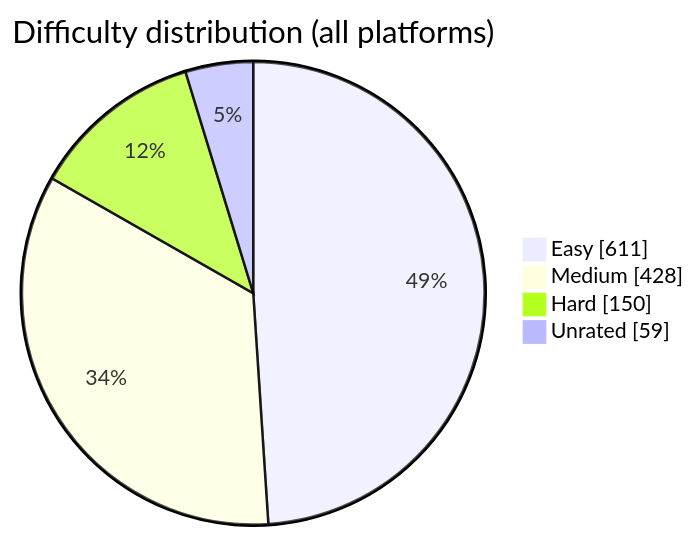
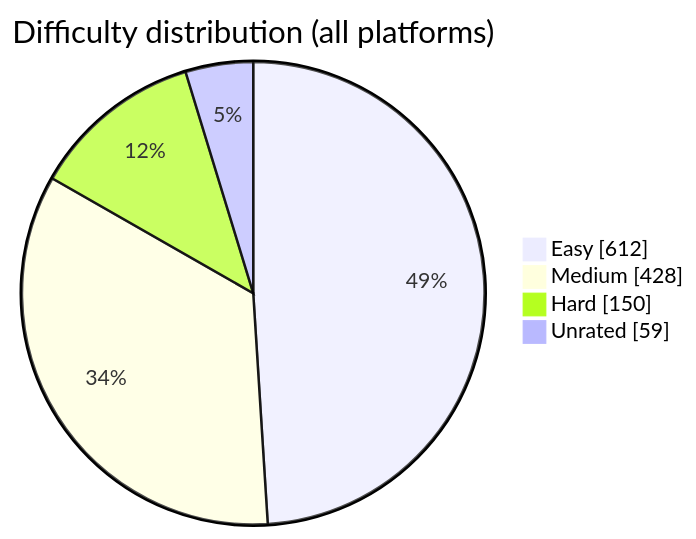
The diagram in README.md (BuildbyArindam/Daily-Coding-Log), drawn with Mermaid before and after one commit. The commit also changed other lines of this file, not shown here.

````diff
--- a/README.md
+++ b/README.md
@@ -93,7 +93,7 @@
 ```mermaid
 pie showData title Difficulty distribution (all platforms)
-    "Easy" : 611
+    "Easy" : 612
     "Medium" : 428
     "Hard" : 150
     "Unrated" : 59
 ```
````
